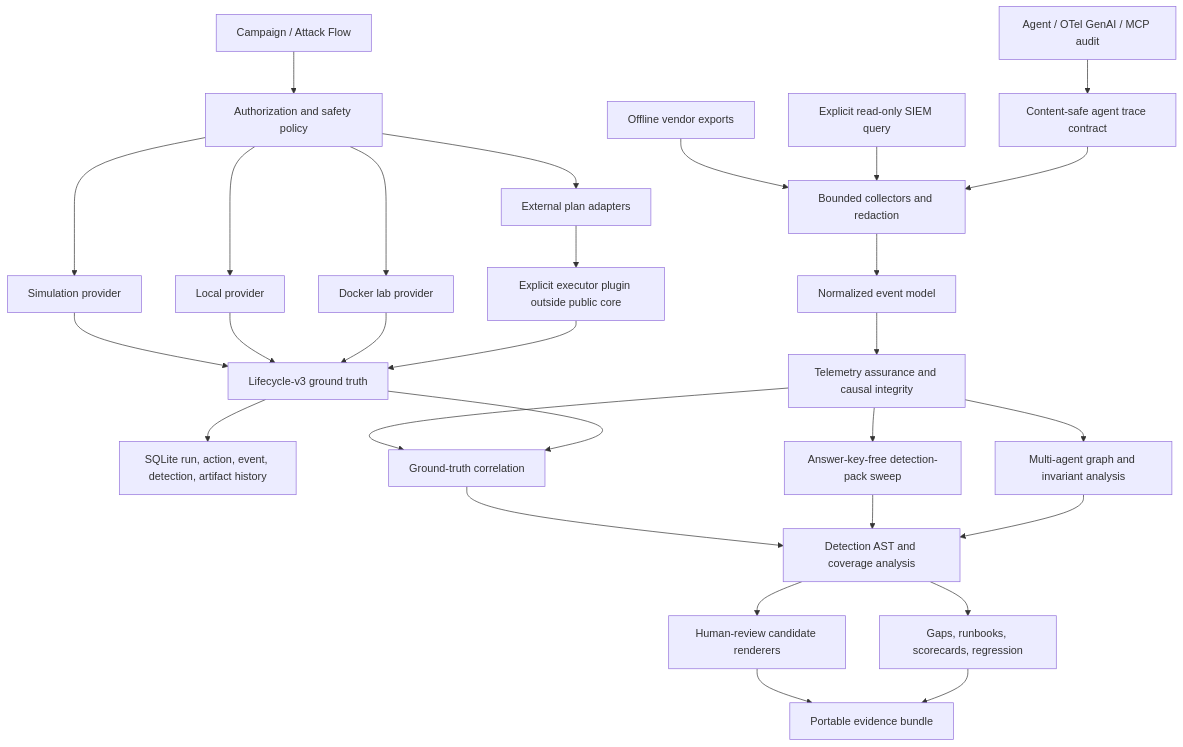
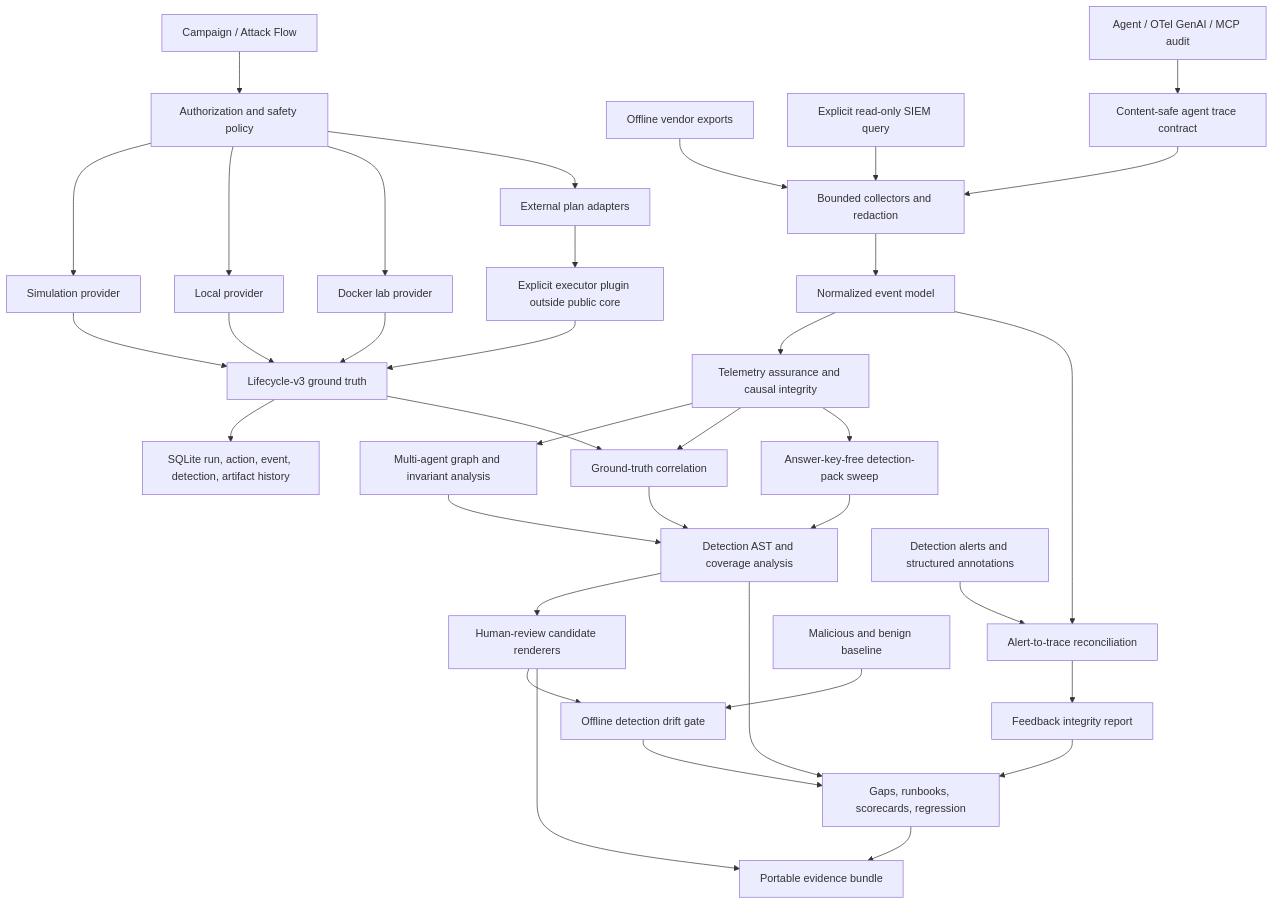
The diagram in ARCHITECTURE.md (hellnbak/AgentSim), drawn with Mermaid before and after one commit. The commit also changed other lines of this file and 39 other files, not shown here.

Commit message:
Release v1.5.0 detection feedback integrity

````diff
--- a/ARCHITECTURE.md
+++ b/ARCHITECTURE.md
@@ -7,31 +7,38 @@
 ```mermaid
 flowchart TD
     Campaign["Campaign / Attack Flow"] --> Policy["Authorization and safety policy"]
     Policy --> Sim["Simulation provider"]
     Policy --> Local["Local provider"]
     Policy --> Docker["Docker lab provider"]
     Policy --> Plan["External plan adapters"]
     Plan --> Plugin["Explicit executor plugin outside public core"]
     Sim --> Timeline["Lifecycle-v3 ground truth"]
     Local --> Timeline
     Docker --> Timeline
     Plugin --> Timeline
     Timeline --> Store["SQLite run, action, event, detection, artifact history"]
     Export["Offline vendor exports"] --> Collect["Bounded collectors and redaction"]
     Live["Explicit read-only SIEM query"] --> Collect
     Runtime["Agent / OTel GenAI / MCP audit"] --> Contract["Content-safe agent trace contract"]
     Contract --> Collect
     Collect --> Normalize["Normalized event model"]
     Normalize --> Assure["Telemetry assurance and causal integrity"]
     Assure --> Investigate["Multi-agent graph and invariant analysis"]
     Assure --> Correlate["Ground-truth correlation"]
     Assure --> Sweep["Answer-key-free detection-pack sweep"]
     Timeline --> Correlate
     Correlate --> Detect["Detection AST and coverage analysis"]
     Sweep --> Detect
     Investigate --> Detect
     Detect --> Candidate["Human-review candidate renderers"]
     Detect --> Defense["Gaps, runbooks, scorecards, regression"]
+    Alert["Detection alerts and structured annotations"] --> Reconcile["Alert-to-trace reconciliation"]
+    Normalize --> Reconcile
+    Reconcile --> Feedback["Feedback integrity report"]
+    Baseline["Malicious and benign baseline"] --> Drift["Offline detection drift gate"]
+    Candidate --> Drift
+    Feedback --> Defense
+    Drift --> Defense
     Candidate --> Bundle["Portable evidence bundle"]
     Defense --> Bundle
 ```
````
